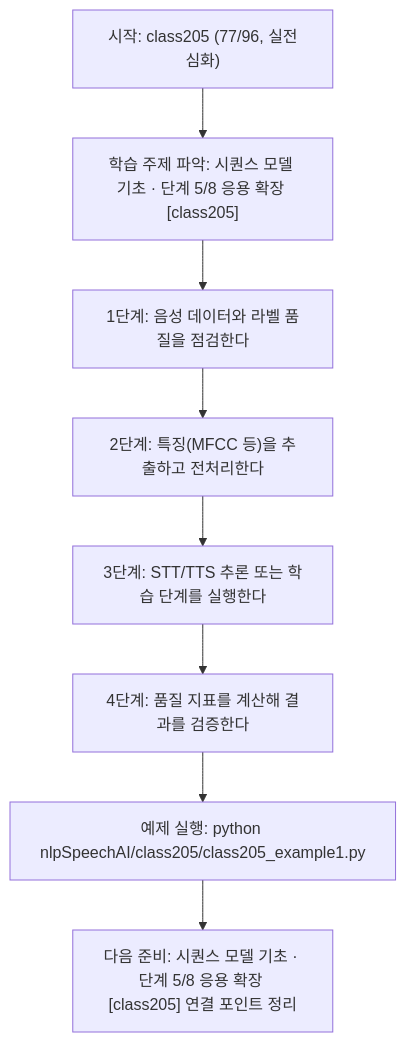
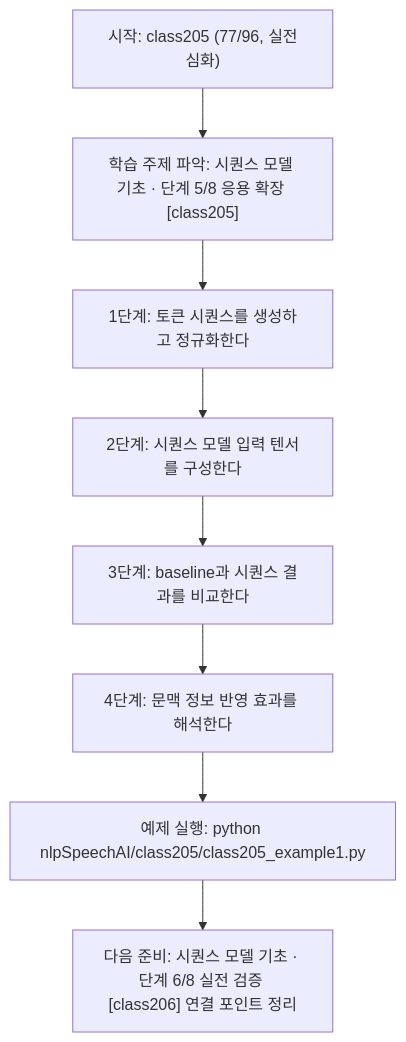
One commit to edumgt/Python-AI_Agent-Class changed the diagram in nlpSpeechAI/class205/class205.md. Above: the diagram before and after it, drawn with Mermaid. The commit also changed other lines of this file and 1122 other files, not shown here.

````diff
--- a/nlpSpeechAI/class205/class205.md
+++ b/nlpSpeechAI/class205/class205.md
@@ -114,18 +95,18 @@
 ```mermaid
 flowchart TD
 N1["시작: class205 (77/96, 실전심화)"]
 N2["학습 주제 파악: 시퀀스 모델 기초 · 단계 5/8 응용 확장 [class205]"]
-N3["1단계: 음성 데이터와 라벨 품질을 점검한다"]
-N4["2단계: 특징(MFCC 등)을 추출하고 전처리한다"]
-N5["3단계: STT/TTS 추론 또는 학습 단계를 실행한다"]
-N6["4단계: 품질 지표를 계산해 결과를 검증한다"]
+N3["1단계: 토큰 시퀀스를 생성하고 정규화한다"]
+N4["2단계: 시퀀스 모델 입력 텐서를 구성한다"]
+N5["3단계: baseline과 시퀀스 결과를 비교한다"]
+N6["4단계: 문맥 정보 반영 효과를 해석한다"]
 N7["예제 실행: python nlpSpeechAI/class205/class205_example1.py"]
-N8["다음 준비: 시퀀스 모델 기초 · 단계 5/8 응용 확장 [class205] 연결 포인트 정리"]
+N8["다음 준비: 시퀀스 모델 기초 · 단계 6/8 실전 검증 [class206] 연결 포인트 정리"]
 N1 --> N2
 N2 --> N3
 N3 --> N4
 N4 --> N5
 N5 --> N6
 N6 --> N7
 N7 --> N8
 ```
````
